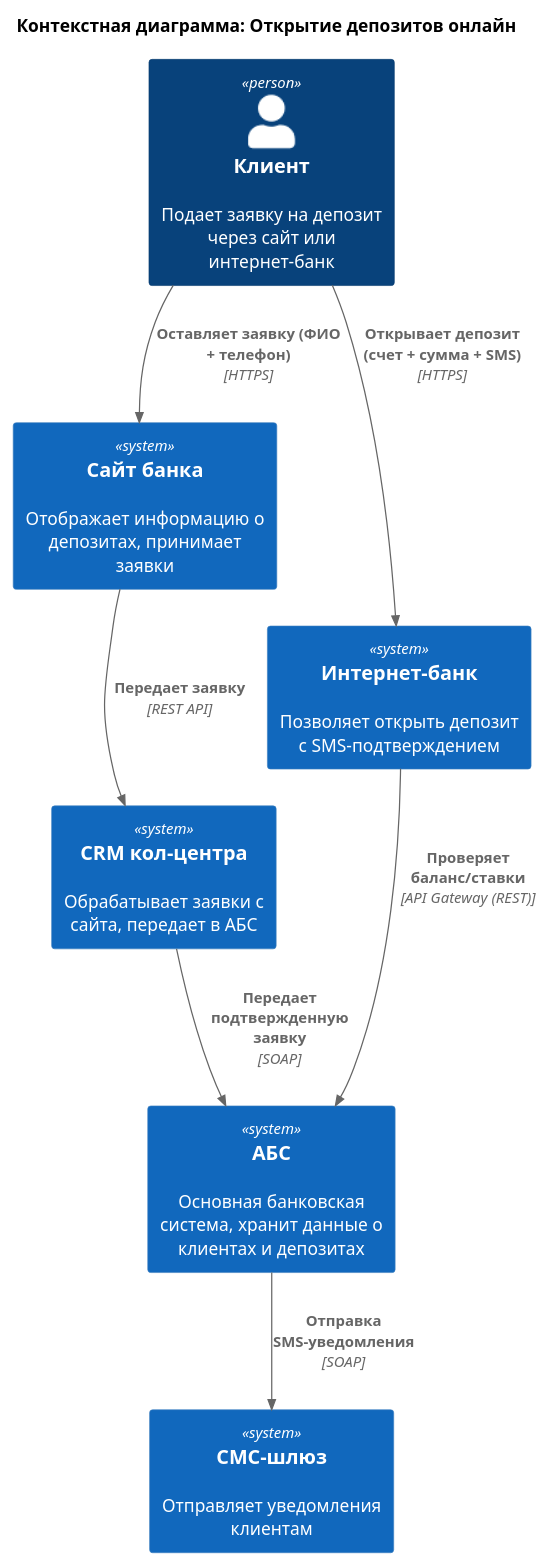
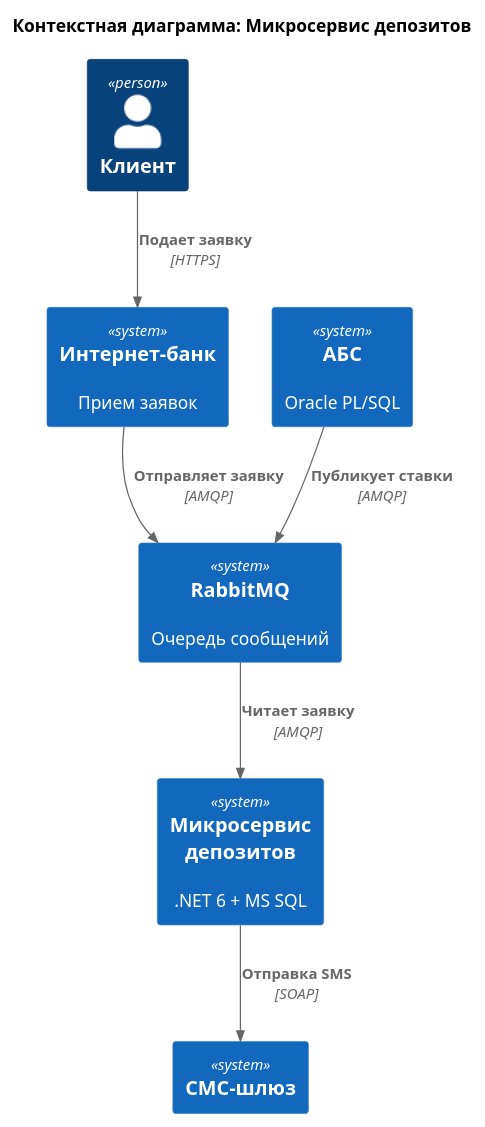
One commit to fireflysmk/architecture-sprint-9 changed the diagram in Task3/Context_Diagram.puml. Above: the diagram before and after it, drawn with PlantUML. The commit also changed 7 other files, not shown here.

```diff
--- a/Task3/Context_Diagram.puml
+++ b/Task3/Context_Diagram.puml
@@ -1,20 +1,18 @@
-@startuml Context_Diagram
+@startuml Context_Diagram_v2
 !include https://raw.githubusercontent.com/plantuml-stdlib/C4-PlantUML/master/C4_Context.puml
 
-title Контекстная диаграмма: Открытие депозитов онлайн
+title Контекстная диаграмма: Микросервис депозитов
 
-Person(клиент, "Клиент", "Подает заявку на депозит через сайт или интернет-банк")
-System(сайт, "Сайт банка", "Отображает информацию о депозитах, принимает заявки")
-System(интернет_банк, "Интернет-банк", "Позволяет открыть депозит с SMS-подтверждением")
-System(кол_центр, "CRM кол-центра", "Обрабатывает заявки с сайта, передает в АБС")
-System(абс, "АБС", "Основная банковская система, хранит данные о клиентах и депозитах")
-System(смс_шлюз, "СМС-шлюз", "Отправляет уведомления клиентам")
+Person(клиент, "Клиент")
+System(интернет_банк, "Интернет-банк", "Прием заявок")
+System(микросервис, "Микросервис депозитов", ".NET 6 + MS SQL")
+System(абс, "АБС", "Oracle PL/SQL")
+System(очередь, "RabbitMQ", "Очередь сообщений")
+System(смс_шлюз, "СМС-шлюз")
 
-Rel(клиент, сайт, "Оставляет заявку (ФИО + телефон)", "HTTPS")
-Rel(клиент, интернет_банк, "Открывает депозит (счет + сумма + SMS)", "HTTPS")
-Rel(сайт, кол_центр, "Передает заявку", "REST API")
-Rel(интернет_банк, абс, "Проверяет баланс/ставки", "API Gateway (REST)")
-Rel(кол_центр, абс, "Передает подтвержденную заявку", "SOAP")
-Rel(абс, смс_шлюз, "Отправка SMS-уведомления", "SOAP")
-
+Rel(клиент, интернет_банк, "Подает заявку", "HTTPS")
+Rel(интернет_банк, очередь, "Отправляет заявку", "AMQP")
+Rel(очередь, микросервис, "Читает заявку", "AMQP")
+Rel(микросервис, смс_шлюз, "Отправка SMS", "SOAP")
+Rel(абс, очередь, "Публикует ставки", "AMQP")
 @enduml
```
